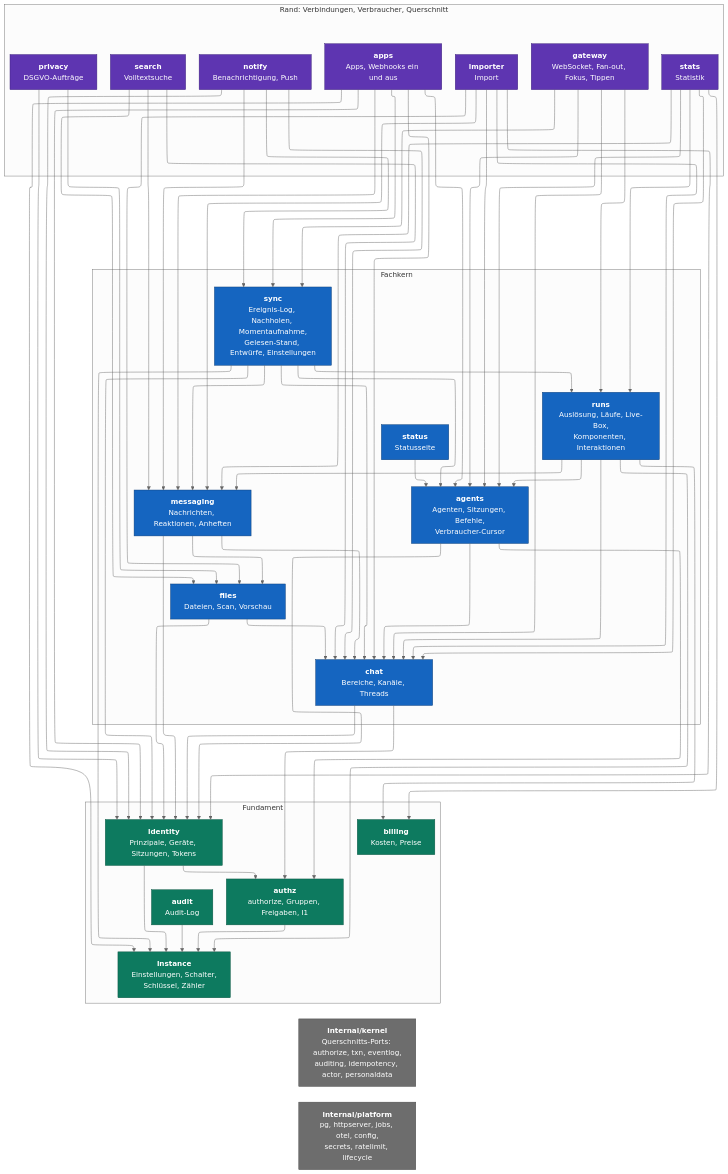
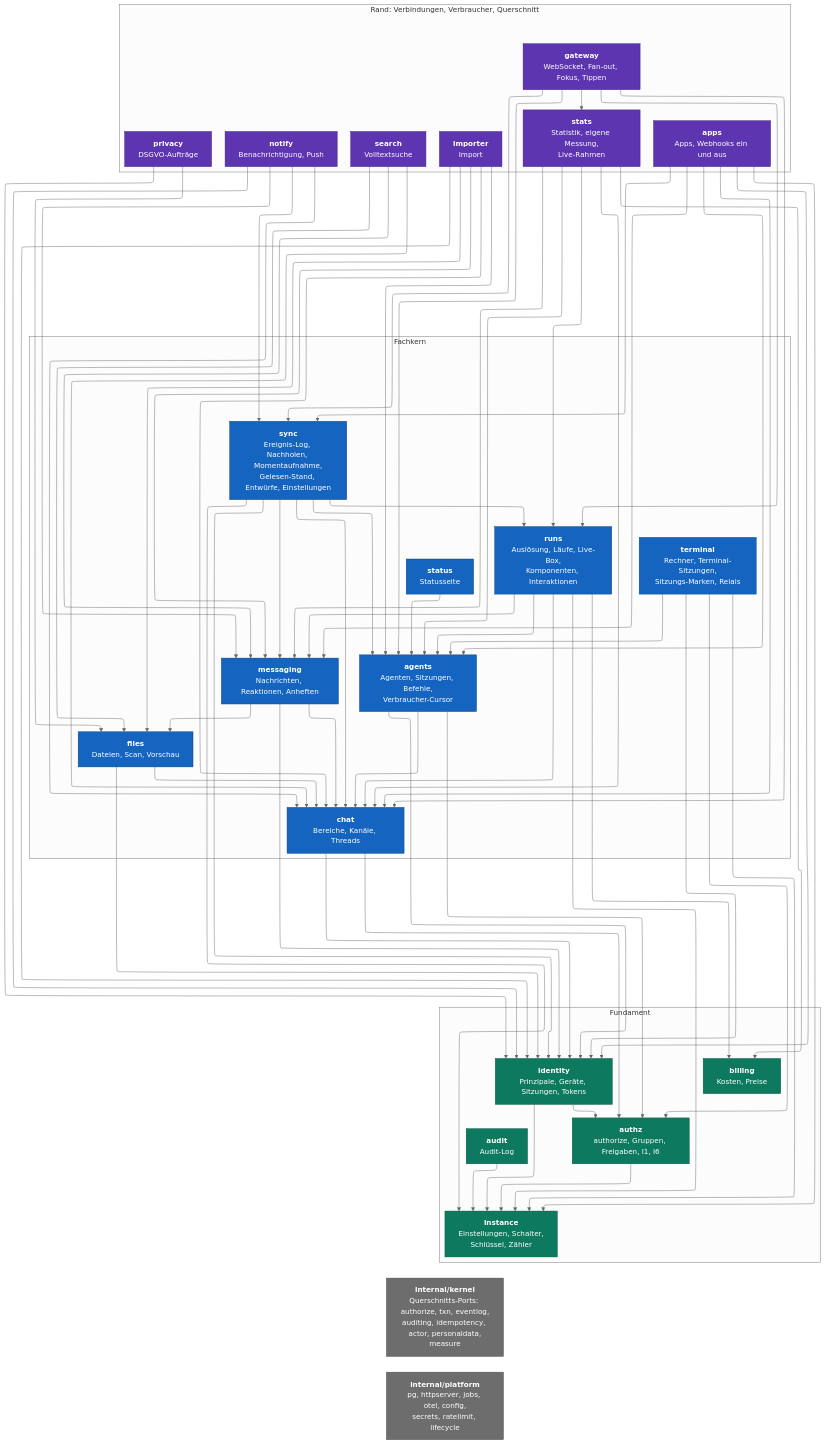
Before and after one commit to mguttmann/bothy: the diagram in docs/architecture/c4-3-komponenten-server.mmd, drawn with Mermaid (neutral theme). The commit also changed 22 other files, not shown here.

First line of the commit message:
docs(kern): Rechner, Terminal-Sitzungen und Live-Statistik im Kern-Vertrag

```diff
--- a/docs/architecture/c4-3-komponenten-server.mmd
+++ b/docs/architecture/c4-3-komponenten-server.mmd
@@ -1,101 +1,107 @@
 ---
 config:
   layout: elk
 ---
 %% C4 Ebene 3: Komponenten des Servers = Module des Monolithen.
 %% Pfeil A --> B heißt: A darf den Port von B aufrufen (Abhängigkeitstabelle in 02-architektur.md, 4.4).
 %% Alle Module nutzen zusätzlich die Querschnitts-Ports aus internal/kernel; diese Kanten sind nicht gezeichnet.
 flowchart TB
   classDef top fill:#5e35b1,stroke:#3b1f78,color:#ffffff
   classDef mid fill:#1565c0,stroke:#0b3c75,color:#ffffff
   classDef base fill:#0d7a5f,stroke:#08523f,color:#ffffff
   classDef shared fill:#6d6d6d,stroke:#474747,color:#ffffff
 
   subgraph edge["Rand: Verbindungen, Verbraucher, Querschnitt"]
     gateway["<b>gateway</b><br/>WebSocket, Fan-out, Fokus, Tippen"]:::top
     notify["<b>notify</b><br/>Benachrichtigung, Push"]:::top
     apps["<b>apps</b><br/>Apps, Webhooks ein und aus"]:::top
-    stats["<b>stats</b><br/>Statistik"]:::top
+    stats["<b>stats</b><br/>Statistik, eigene Messung,<br/>Live-Rahmen"]:::top
     privacy["<b>privacy</b><br/>DSGVO-Aufträge"]:::top
     importer["<b>importer</b><br/>Import"]:::top
     search["<b>search</b><br/>Volltextsuche"]:::top
   end
 
   subgraph core["Fachkern"]
     sync["<b>sync</b><br/>Ereignis-Log, Nachholen, Momentaufnahme,<br/>Gelesen-Stand, Entwürfe, Einstellungen"]:::mid
     runs["<b>runs</b><br/>Auslösung, Läufe, Live-Box,<br/>Komponenten, Interaktionen"]:::mid
     messaging["<b>messaging</b><br/>Nachrichten, Reaktionen, Anheften"]:::mid
     status["<b>status</b><br/>Statusseite"]:::mid
     agents["<b>agents</b><br/>Agenten, Sitzungen, Befehle,<br/>Verbraucher-Cursor"]:::mid
     files["<b>files</b><br/>Dateien, Scan, Vorschau"]:::mid
     chat["<b>chat</b><br/>Bereiche, Kanäle, Threads"]:::mid
+    terminal["<b>terminal</b><br/>Rechner, Terminal-Sitzungen,<br/>Sitzungs-Marken, Relais"]:::mid
   end
 
   subgraph foundation["Fundament"]
     identity["<b>identity</b><br/>Prinzipale, Geräte, Sitzungen, Tokens"]:::base
-    authz["<b>authz</b><br/>authorize, Gruppen, Freigaben, I1"]:::base
+    authz["<b>authz</b><br/>authorize, Gruppen, Freigaben, I1, I6"]:::base
     audit["<b>audit</b><br/>Audit-Log"]:::base
     billing["<b>billing</b><br/>Kosten, Preise"]:::base
     instance["<b>instance</b><br/>Einstellungen, Schalter,<br/>Schlüssel, Zähler"]:::base
   end
 
-  kernel["<b>internal/kernel</b><br/>Querschnitts-Ports: authorize, txn, eventlog,<br/>auditing, idempotency, actor, personaldata"]:::shared
+  kernel["<b>internal/kernel</b><br/>Querschnitts-Ports: authorize, txn, eventlog,<br/>auditing, idempotency, actor, personaldata,<br/>measure"]:::shared
   platform["<b>internal/platform</b><br/>pg, httpserver, jobs, otel, config,<br/>secrets, ratelimit, lifecycle"]:::shared
 
   gateway --> chat
   gateway --> agents
   gateway --> runs
   gateway --> sync
+  gateway --> stats
   notify --> identity
   notify --> chat
   notify --> messaging
   notify --> sync
   apps --> instance
   apps --> identity
   apps --> chat
   apps --> agents
   apps --> messaging
   apps --> sync
   stats --> chat
   stats --> agents
   stats --> messaging
   stats --> runs
   stats --> billing
   privacy --> identity
   privacy --> files
   importer --> identity
   importer --> chat
   importer --> agents
   importer --> messaging
   importer --> files
   search --> chat
   search --> messaging
   search --> files
   sync --> instance
   sync --> identity
   sync --> chat
   sync --> agents
   sync --> messaging
   sync --> runs
   runs --> instance
   runs --> chat
   runs --> agents
   runs --> messaging
   runs --> billing
   messaging --> identity
   messaging --> chat
   messaging --> files
   status --> agents
+  terminal --> instance
+  terminal --> identity
+  terminal --> authz
+  terminal --> agents
   agents --> identity
   agents --> authz
   agents --> chat
   files --> identity
   files --> chat
   chat --> identity
   chat --> authz
   identity --> instance
   identity --> authz
   authz --> instance
   audit --> instance
   foundation ~~~ kernel
   kernel ~~~ platform
```
